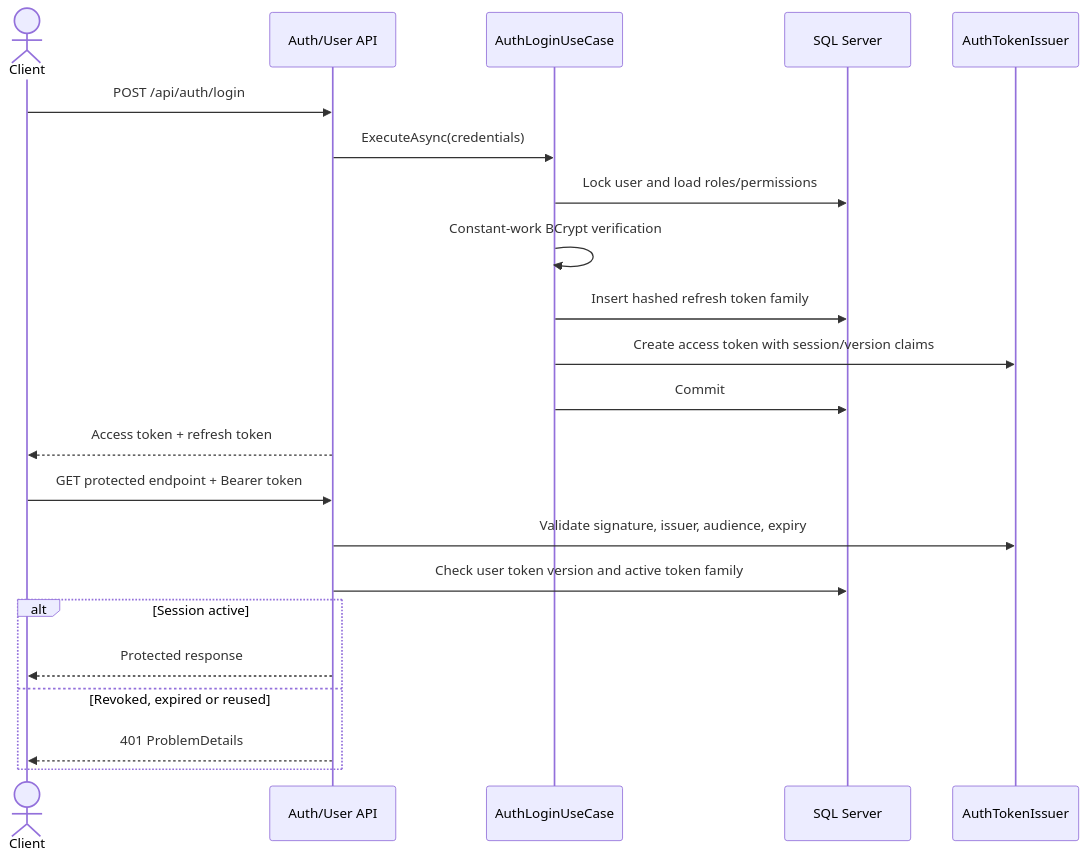
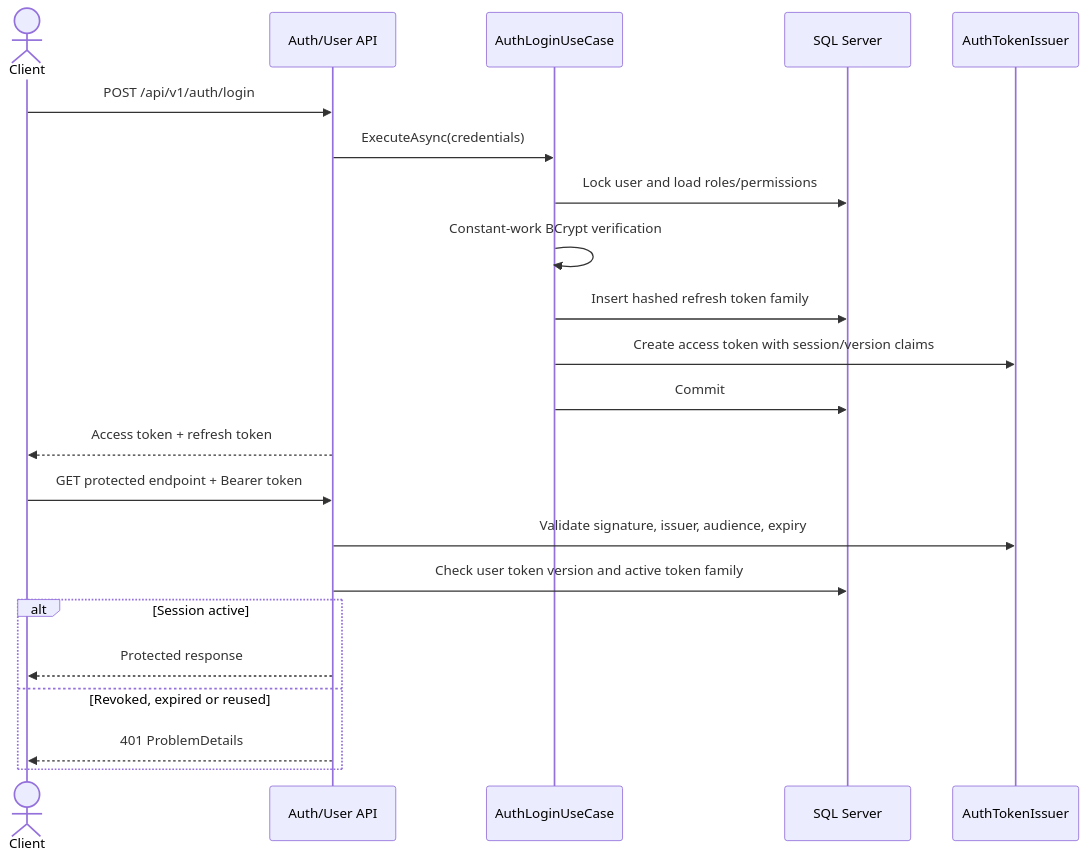
Before and after one commit to Giapnocap/ECommerceBackend: the first of 3 diagrams in docs/SEQUENCES.md, drawn with Mermaid. The commit also changed other lines of this file and 6 other files, not shown here.

````diff
--- a/docs/SEQUENCES.md
+++ b/docs/SEQUENCES.md
@@ -5,26 +5,26 @@
 ```mermaid
 sequenceDiagram
     actor Client
     participant API as Auth/User API
     participant Auth as AuthLoginUseCase
     participant DB as SQL Server
     participant JWT as AuthTokenIssuer
 
-    Client->>API: POST /api/auth/login
+    Client->>API: POST /api/v1/auth/login
     API->>Auth: ExecuteAsync(credentials)
     Auth->>DB: Lock user and load roles/permissions
     Auth->>Auth: Constant-work BCrypt verification
     Auth->>DB: Insert hashed refresh token family
     Auth->>JWT: Create access token with session/version claims
     Auth->>DB: Commit
     API-->>Client: Access token + refresh token
 
     Client->>API: GET protected endpoint + Bearer token
     API->>JWT: Validate signature, issuer, audience, expiry
     API->>DB: Check user token version and active token family
     alt Session active
         API-->>Client: Protected response
     else Revoked, expired or reused
         API-->>Client: 401 ProblemDetails
     end
 ```
````
